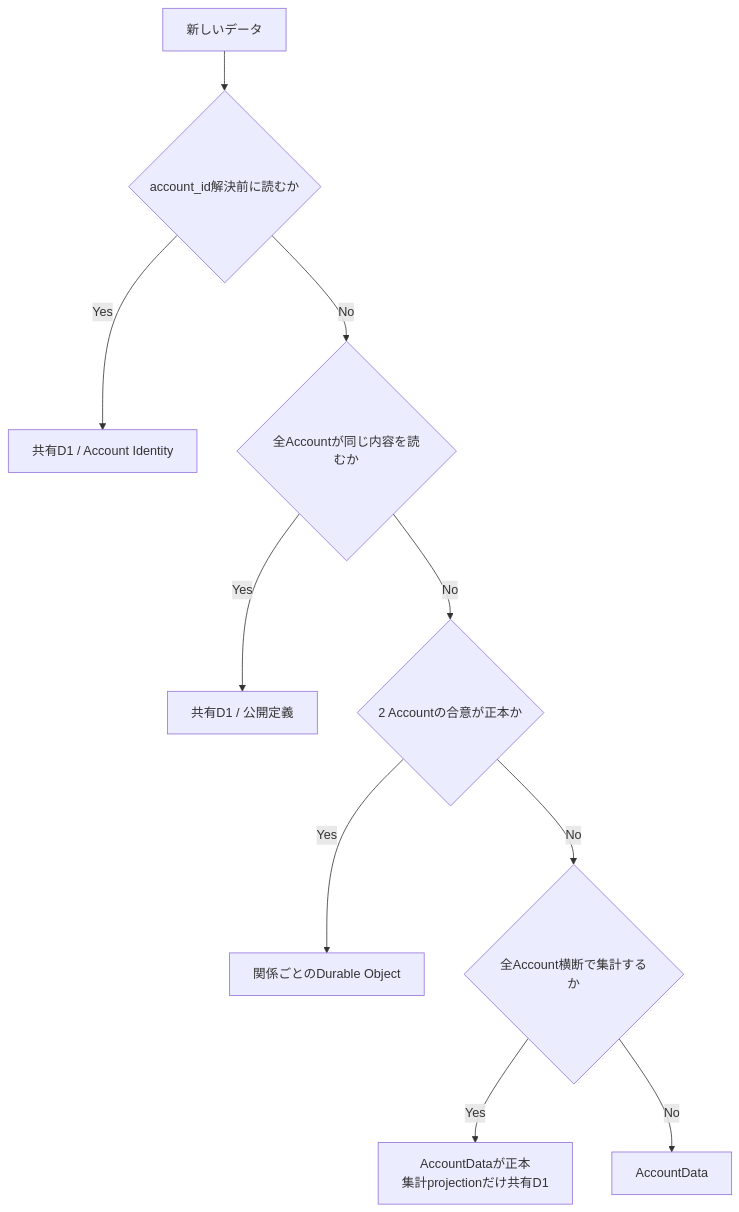
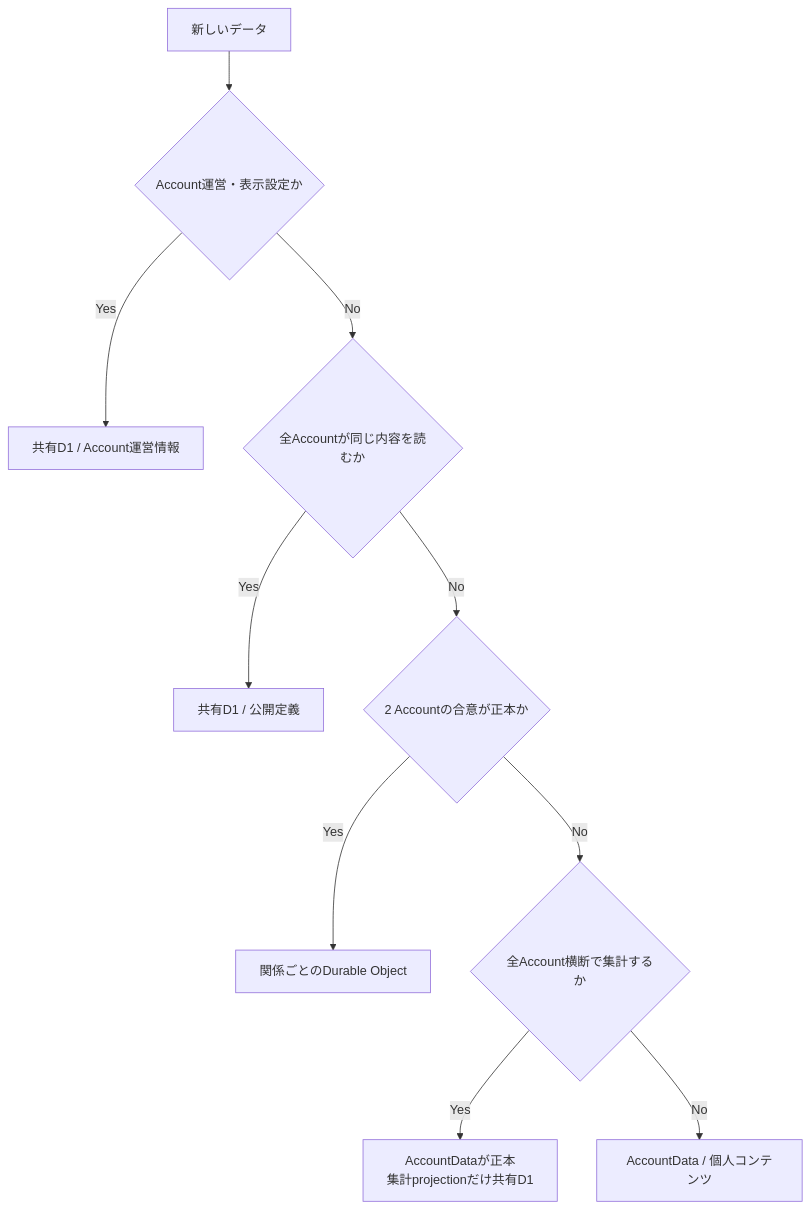
Before and after one commit to kkyosuke/me-builder: the second of 4 diagrams in docs/architecture/account-data-isolation.md, drawn with Mermaid. The commit also changed other lines of this file and 54 other files, not shown here.

````diff
--- a/docs/architecture/account-data-isolation.md
+++ b/docs/architecture/account-data-isolation.md
@@ -59,12 +61,12 @@
 ```mermaid
 flowchart TD
-    N[新しいデータ] --> Q1{account_id解決前に読むか}
-    Q1 -->|Yes| SD[共有D1 / Account Identity]
+    N[新しいデータ] --> Q1{Account運営・表示設定か}
+    Q1 -->|Yes| SD[共有D1 / Account運営情報]
     Q1 -->|No| Q2{全Accountが同じ内容を読むか}
     Q2 -->|Yes| SC[共有D1 / 公開定義]
     Q2 -->|No| Q3{2 Accountの合意が正本か}
     Q3 -->|Yes| RD[関係ごとのDurable Object]
     Q3 -->|No| Q4{全Account横断で集計するか}
     Q4 -->|Yes| AP[AccountDataが正本<br/>集計projectionだけ共有D1]
-    Q4 -->|No| AD[AccountData]
+    Q4 -->|No| AD[AccountData / 個人コンテンツ]
 ```
````
